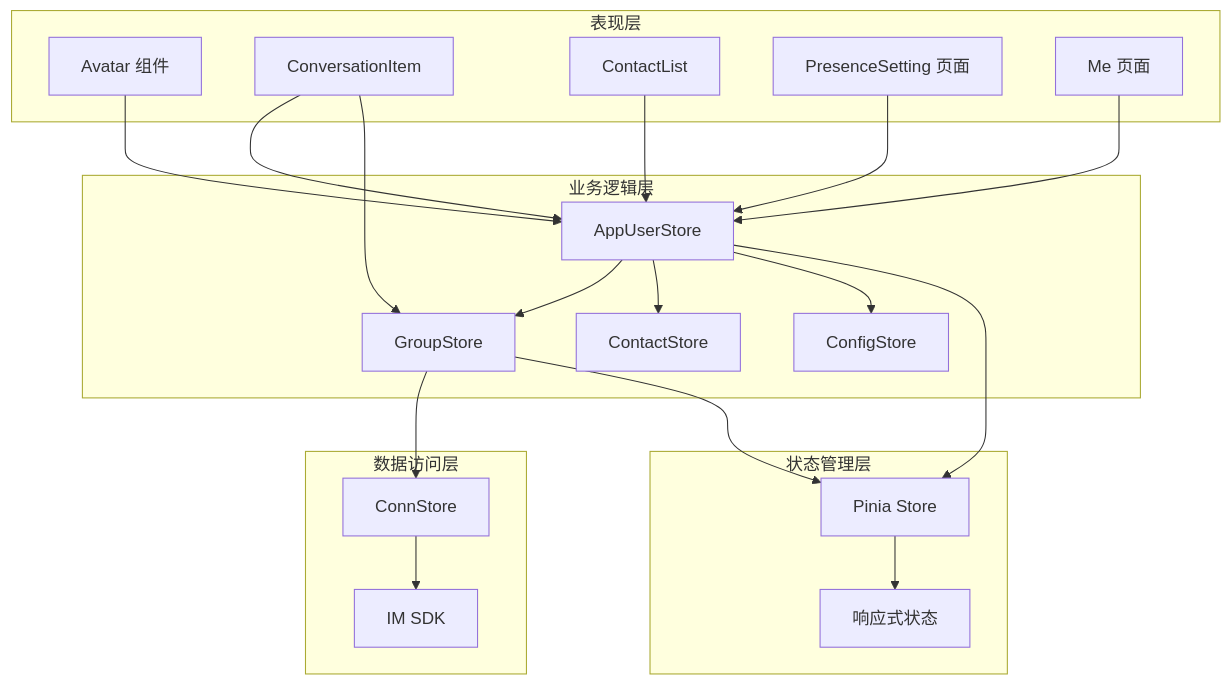
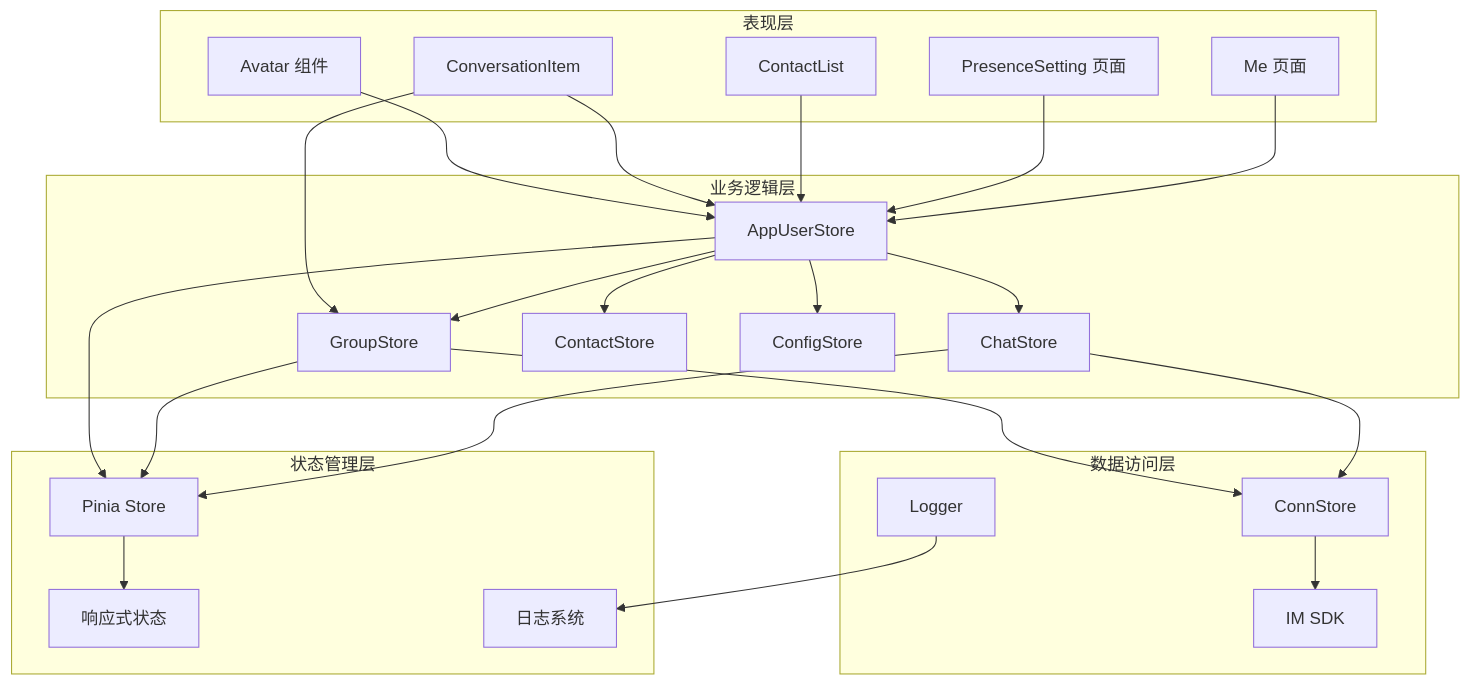
One commit to Easemob-Community/easemob-uikit-uniapp-community changed the second of 7 diagrams in .qoder/repowiki/zh/content/User Status Management.md. Above: the diagram before and after it, drawn with Mermaid. The commit also changed other lines of this file and 4 other files, not shown here.

````diff
--- a/.qoder/repowiki/zh/content/User Status Management.md
+++ b/.qoder/repowiki/zh/content/User Status Management.md
@@ -165,38 +198,45 @@
 ```mermaid
 graph TD
 subgraph "表现层"
 A[Avatar 组件]
 B[ConversationItem]
 C[ContactList]
 D[PresenceSetting 页面]
 E[Me 页面]
 end
 subgraph "业务逻辑层"
 F[AppUserStore]
 G[GroupStore]
-H[ContactStore]
-I[ConfigStore]
+H[ChatStore]
+I[ContactStore]
+J[ConfigStore]
 end
 subgraph "数据访问层"
-J[ConnStore]
-K[IM SDK]
+K[ConnStore]
+L[IM SDK]
+M[Logger]
 end
 subgraph "状态管理层"
-L[Pinia Store]
-M[响应式状态]
+N[Pinia Store]
+O[响应式状态]
+P[日志系统]
 end
 A --> F
 B --> F
 B --> G
 C --> F
 D --> F
 E --> F
 F --> G
 F --> H
 F --> I
-G --> J
-J --> K
-F --> L
-G --> L
-L --> M
+F --> J
+G --> K
+H --> K
+K --> L
+F --> N
+G --> N
+H --> N
+N --> O
+M --> P
 ```
````
